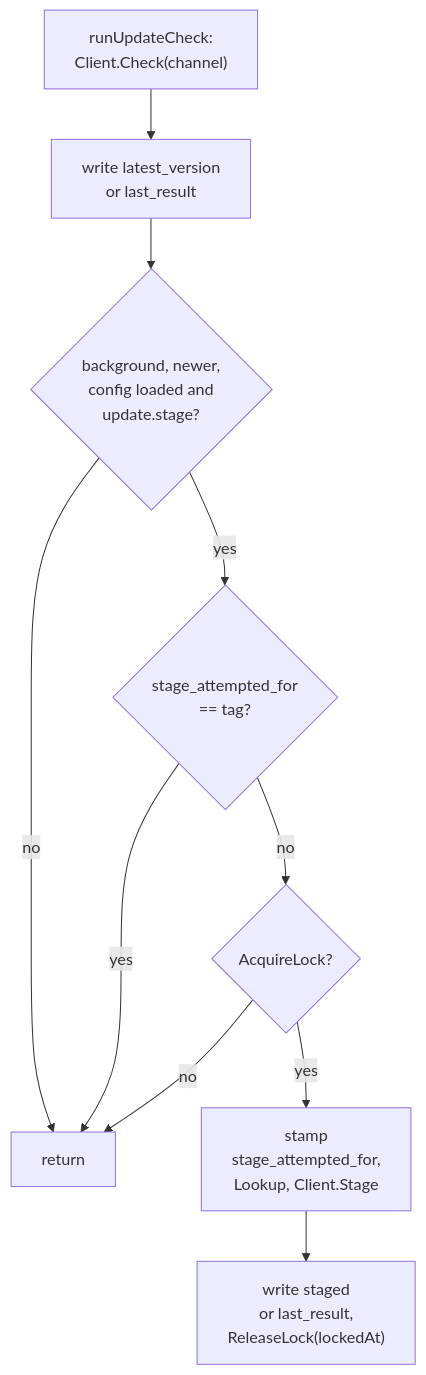
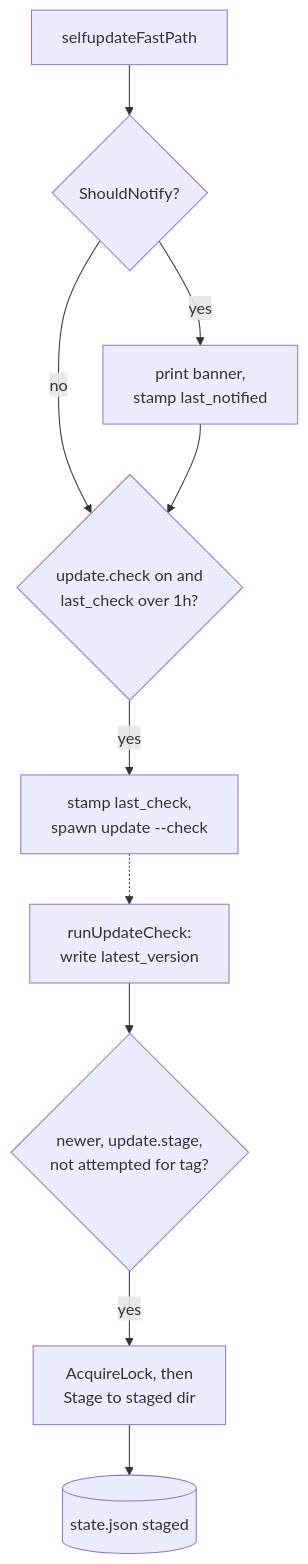
One commit to damusix/atomic-claude changed the tenth of 12 diagrams in docs/wiki/config.md. Above: the diagram before and after it, drawn with Mermaid. The commit also changed other lines of this file and 795 other files, not shown here.

First line of the commit message:
feat!: run Atomic on Claude Code, OMP, and Codex

````diff
--- a/docs/wiki/config.md
+++ b/docs/wiki/config.md
@@ -258,13 +254,13 @@
 ```mermaid
 flowchart TD
-    %% source: atomic/cmd/atomic/cmd_update.go (runUpdateCheck), docs/design/selfupdate-state.md
-    K["runUpdateCheck:<br/>Client.Check(channel)"] --> W["write latest_version<br/>or last_result"]
-    W --> G{"background, newer,<br/>config loaded and<br/>update.stage?"}
-    G -->|no| Z["return"]
-    G -->|yes| A{"stage_attempted_for<br/>== tag?"}
-    A -->|yes| Z
-    A -->|no| L{"AcquireLock?"}
-    L -->|no| Z
-    L -->|yes| S["stamp<br/>stage_attempted_for,<br/>Lookup, Client.Stage"]
-    S --> F["write staged<br/>or last_result,<br/>ReleaseLock(lockedAt)"]
+    %% source: docs/design/selfupdate-state.md; atomic/cmd/atomic/cmd_update.go (selfupdateFastPath, runUpdateCheck); atomic/internal/selfupdate/state.go
+    A["selfupdateFastPath"] --> N{"ShouldNotify?"}
+    N -->|yes| BAN["print banner,<br/>stamp last_notified"]
+    N -->|no| G1{"update.check on and<br/>last_check over 1h?"}
+    BAN --> G1
+    G1 -->|yes| SP["stamp last_check,<br/>spawn update --check"]
+    SP -.-> CH["runUpdateCheck:<br/>write latest_version"]
+    CH --> G2{"newer, update.stage,<br/>not attempted for tag?"}
+    G2 -->|yes| ST["AcquireLock, then<br/>Stage to staged dir"]
+    ST --> S[("state.json staged")]
 ```
````
